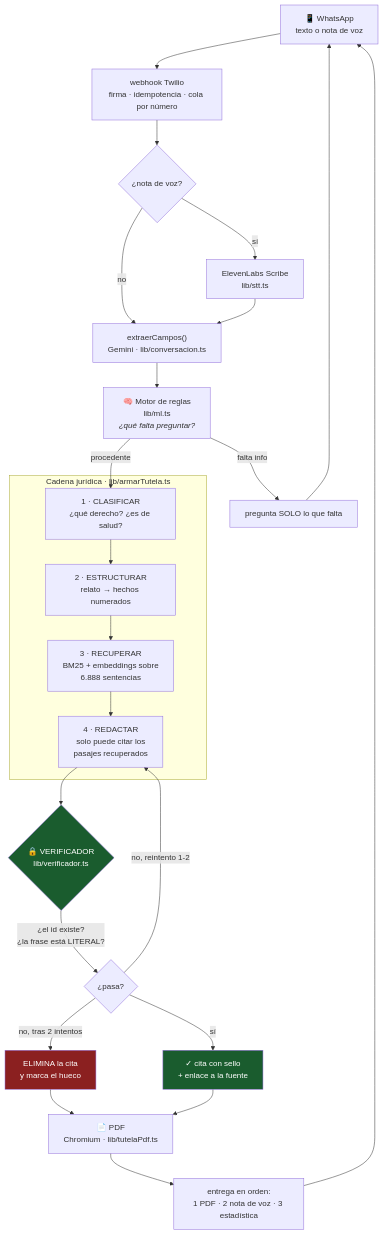
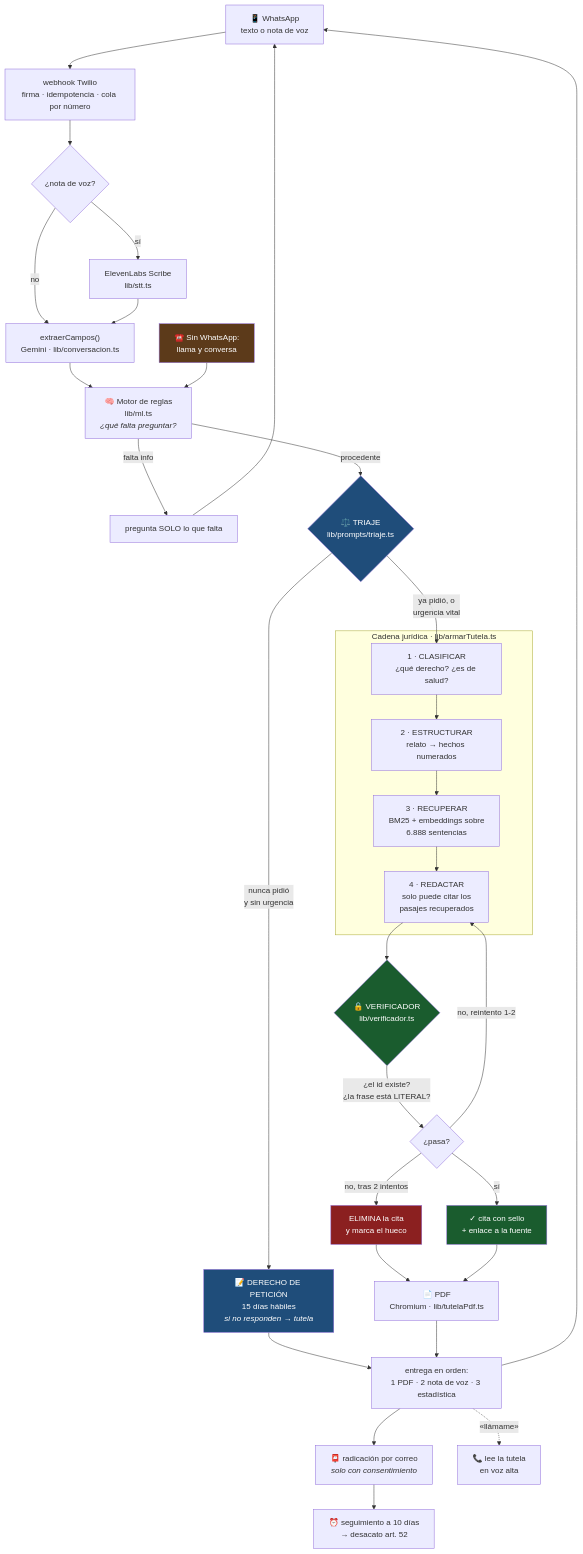
Before and after one commit to joen-ao/mijo-tutelas: the diagram in README.md, drawn with Mermaid. The commit also changed other lines of this file, not shown here.

First line of the commit message:
README: el derecho de peticion faltaba, y las migraciones estaban mal

````diff
--- a/README.md
+++ b/README.md
@@ -18,34 +18,44 @@
 ```mermaid
 flowchart TD
     A["📱 WhatsApp<br/>texto o nota de voz"] --> B["webhook Twilio<br/>firma · idempotencia · cola por número"]
     B --> C{"¿nota de voz?"}
     C -->|sí| D["ElevenLabs Scribe<br/>lib/stt.ts"]
     C -->|no| E
     D --> E["extraerCampos()<br/>Gemini · lib/conversacion.ts"]
 
     E --> F["🧠 Motor de reglas<br/>lib/ml.ts<br/><i>¿qué falta preguntar?</i>"]
     F -->|falta info| G["pregunta SOLO lo que falta"]
     G --> A
-    F -->|procedente| H
+    F -->|procedente| T{"⚖️ TRIAJE<br/>lib/prompts/triaje.ts"}
+    T -->|"nunca pidió<br/>y sin urgencia"| DP["📝 DERECHO DE PETICIÓN<br/>15 días hábiles<br/><i>si no responden → tutela</i>"]
+    T -->|"ya pidió, o<br/>urgencia vital"| H
+    DP --> Q
 
     subgraph IA["Cadena jurídica · lib/armarTutela.ts"]
         H["1 · CLASIFICAR<br/>¿qué derecho? ¿es de salud?"] --> I["2 · ESTRUCTURAR<br/>relato → hechos numerados"]
         I --> J["3 · RECUPERAR<br/>BM25 + embeddings sobre<br/>6.888 sentencias"]
         J --> K["4 · REDACTAR<br/>solo puede citar los<br/>pasajes recuperados"]
     end
 
     K --> L{"🔒 VERIFICADOR<br/>lib/verificador.ts"}
     L -->|"¿el id existe?<br/>¿la frase está LITERAL?"| M{"¿pasa?"}
     M -->|no, reintento 1-2| K
     M -->|no, tras 2 intentos| N["ELIMINA la cita<br/>y marca el hueco"]
     M -->|sí| O["✓ cita con sello<br/>+ enlace a la fuente"]
 
     N --> P["📄 PDF<br/>Chromium · lib/tutelaPdf.ts"]
     O --> P
     P --> Q["entrega en orden:<br/>1 PDF · 2 nota de voz · 3 estadística"]
     Q --> A
+    Q --> R["📮 radicación por correo<br/><i>solo con consentimiento</i>"]
+    R --> SEG["⏰ seguimiento a 10 días<br/>→ desacato art. 52"]
+    A2["☎️ Sin WhatsApp:<br/>llama y conversa"] --> F
+    Q -.->|"«llámame»"| A3["📞 lee la tutela<br/>en voz alta"]
 
     style L fill:#1a5c2e,color:#fff
     style N fill:#8b2020,color:#fff
     style O fill:#1a5c2e,color:#fff
+    style T fill:#1f4d7a,color:#fff
+    style DP fill:#1f4d7a,color:#fff
+    style A2 fill:#5c3a1a,color:#fff
 ```
````
